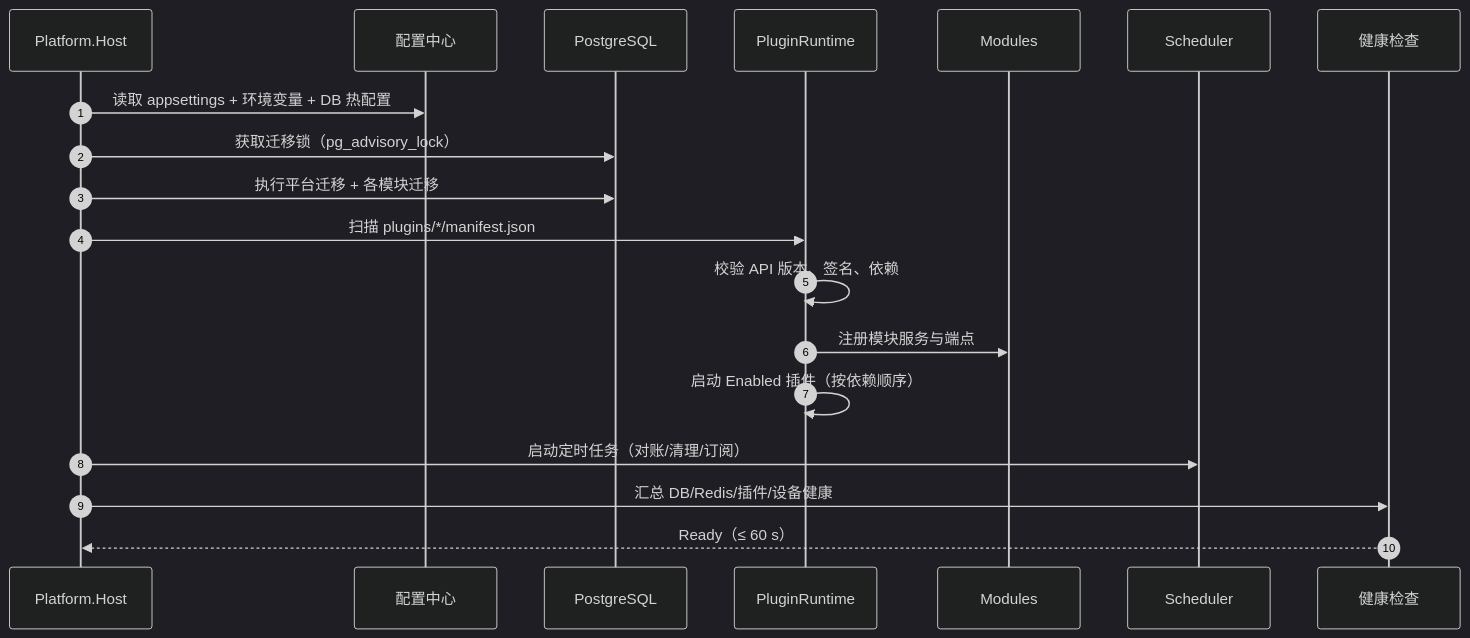
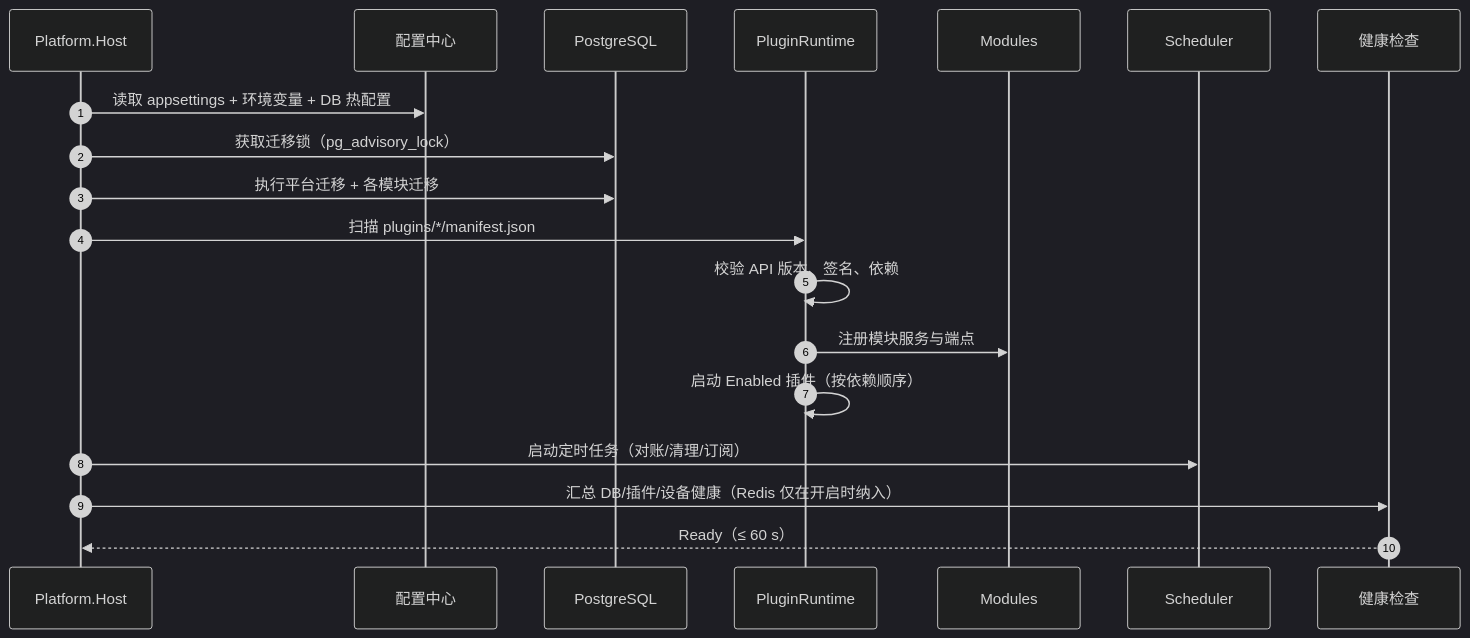
Before and after one commit to smart-open/SmartDock: the third of 13 diagrams in docs/02_产品技术设计.md, drawn with Mermaid (dark theme). The commit also changed other lines of this file and 6 other files, not shown here.

First line of the commit message:
docs: finalize v1.7 architecture (optional Redis/MinIO, bounded queues, SVG diagram)

````diff
--- a/docs/02_产品技术设计.md
+++ b/docs/02_产品技术设计.md
@@ -468,21 +580,21 @@
 ```mermaid
 sequenceDiagram
   autonumber
   participant Host as Platform.Host
   participant Cfg as 配置中心
   participant DB as PostgreSQL
   participant PL as PluginRuntime
   participant Mod as Modules
   participant Sch as Scheduler
   participant HC as 健康检查
   Host->>Cfg: 读取 appsettings + 环境变量 + DB 热配置
   Host->>DB: 获取迁移锁（pg_advisory_lock）
   Host->>DB: 执行平台迁移 + 各模块迁移
   Host->>PL: 扫描 plugins/*/manifest.json
   PL->>PL: 校验 API 版本、签名、依赖
   PL->>Mod: 注册模块服务与端点
   PL->>PL: 启动 Enabled 插件（按依赖顺序）
   Host->>Sch: 启动定时任务（对账/清理/订阅）
-  Host->>HC: 汇总 DB/Redis/插件/设备健康
+  Host->>HC: 汇总 DB/插件/设备健康（Redis 仅在开启时纳入）
   HC-->>Host: Ready（≤ 60 s）
 ```
````
